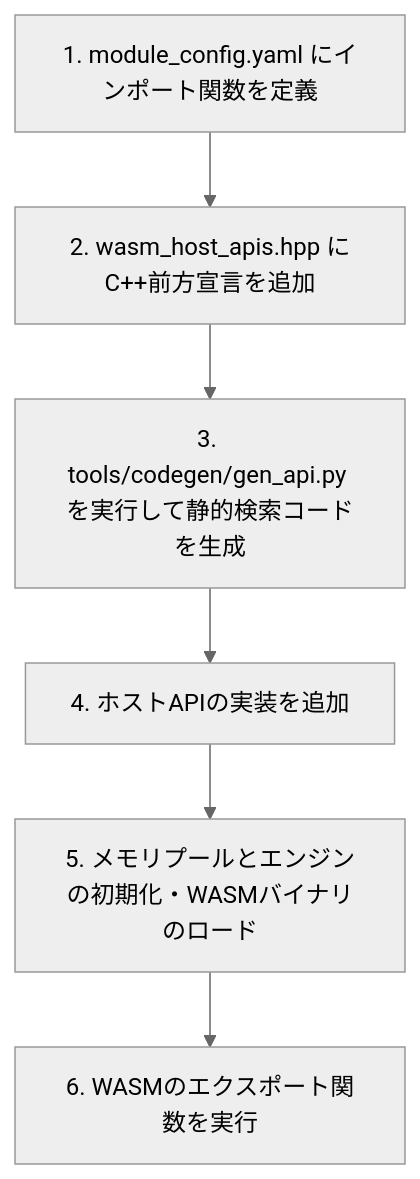
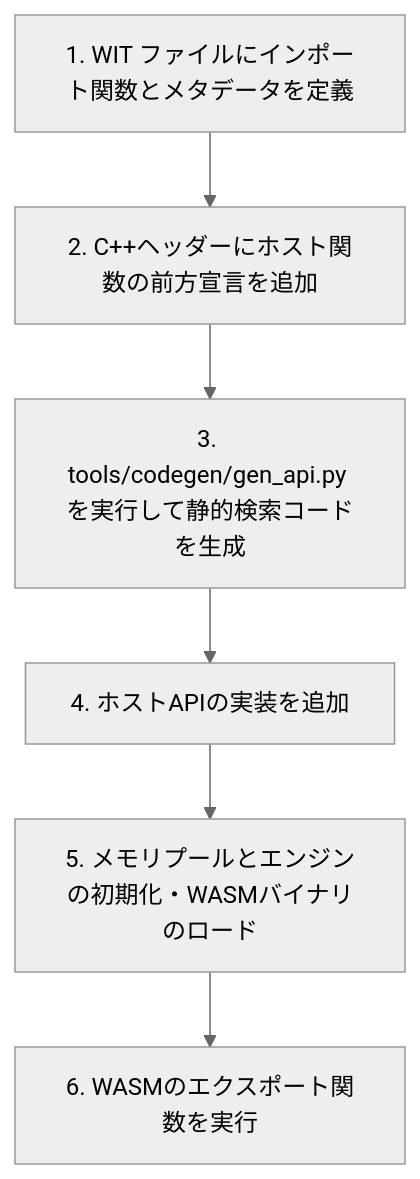
The diagram in docs/getting_started.md (puchinya/embwasm), drawn with Mermaid (neutral theme) before and after one commit. The commit also changed other lines of this file and 21 other files, not shown here.

Commit message:
Transition from `module_config.yaml` to WIT files for defining WebAssembly host APIs. Update code generation script, build scripts, documentation, and demos to reflect the new format and improve API mapping. Generate WASM client headers automatically.

````diff
--- a/docs/getting_started.md
+++ b/docs/getting_started.md
@@ -11,8 +11,8 @@
 ```mermaid
 graph TD
-    A[1. module_config.yaml にインポート関数を定義] --> B[2. wasm_host_apis.hpp にC++前方宣言を追加]
+    A[1. WIT ファイルにインポート関数とメタデータを定義] --> B[2. C++ヘッダーにホスト関数の前方宣言を追加]
     B --> C[3. tools/codegen/gen_api.py を実行して静的検索コードを生成]
     C --> D[4. ホストAPIの実装を追加]
     D --> E[5. メモリプールとエンジンの初期化・WASMバイナリのロード]
     E --> F[6. WASMのエクスポート関数を実行]
 ```
````
